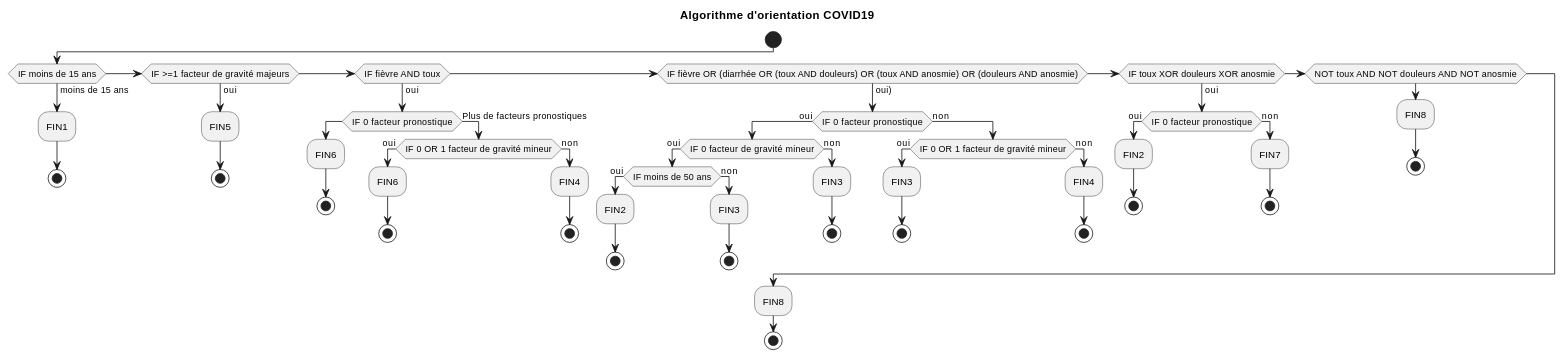
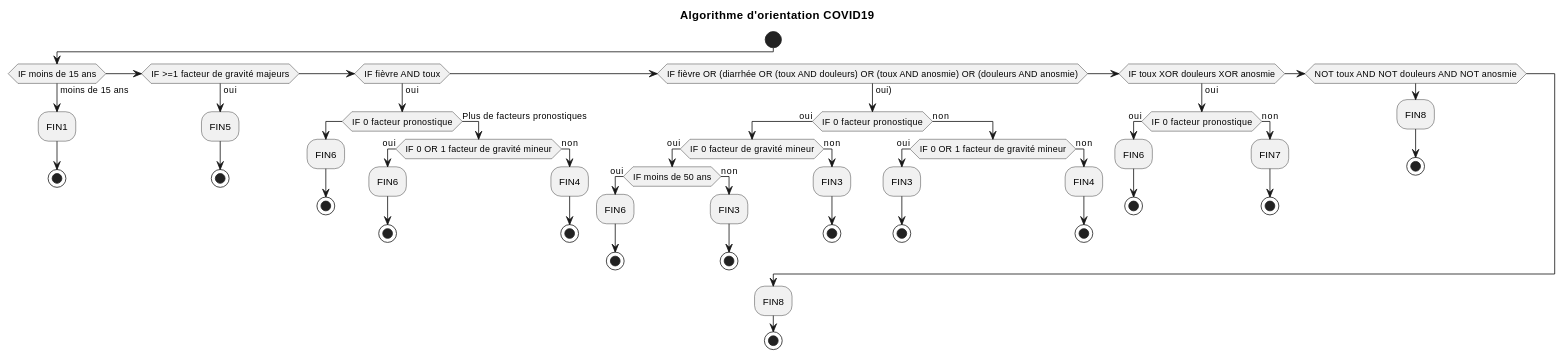
One commit to Delegation-numerique-en-sante/covid19-algorithme-orientation changed the diagram in diagramme.org. Above: the diagram before and after it, drawn with PlantUML. The commit also changed 2 other files, not shown here.

Commit message:
Replace FIN2 by FIN6 in .org files

```diff
--- a/diagramme.org
+++ b/diagramme.org
@@ -1,71 +1,71 @@
 #+begin_src plantuml :file diagramme-algorithme-orientation-covid19.png
 @startuml
 title Algorithme d'orientation COVID19
 
 start
 
 if (IF moins de 15 ans) then (moins de 15 ans)
    :FIN1;
    stop
 
 elseif (IF >=1 facteur de gravité majeurs) then (oui)
    :FIN5;
    stop
 
 elseif (IF fièvre AND toux) then (oui)
        if (IF 0 facteur pronostique) then 
           :FIN6;
           stop
        else (Plus de facteurs pronostiques)
           if (IF 0 OR 1 facteur de gravité mineur) then (oui)
              :FIN6;
              stop
           else (non)
              :FIN4;
              stop
           endif
        endif
 
 elseif (IF fièvre OR (diarrhée OR (toux AND douleurs) OR (toux AND anosmie) OR (douleurs AND anosmie)) then (oui))
        if (IF 0 facteur pronostique) then (oui)
            if (IF 0 facteur de gravité mineur) then (oui)
               if (IF moins de 50 ans) then (oui)
-                 :FIN2;
+                 :FIN6;
                  stop;
               else (non)
                  :FIN3;
                  stop;
               endif
            else (non)
               :FIN3;
               stop;
            endif
         else (non)
            if (IF 0 OR 1 facteur de gravité mineur) then (oui)
               :FIN3;
               stop
            else (non)
               :FIN4;
               stop
            endif
         endif
 
 elseif (IF toux XOR douleurs XOR anosmie) then (oui)
        if (IF 0 facteur pronostique) then (oui)
-          :FIN2;
+          :FIN6;
           stop
        else (non)
           :FIN7;
           stop
        endif
 
 elseif (NOT toux AND NOT douleurs AND NOT anosmie)
      :FIN8;
      stop
 endif
 
 :FIN8;
 stop
 
 @enduml
 #+end_src
```
